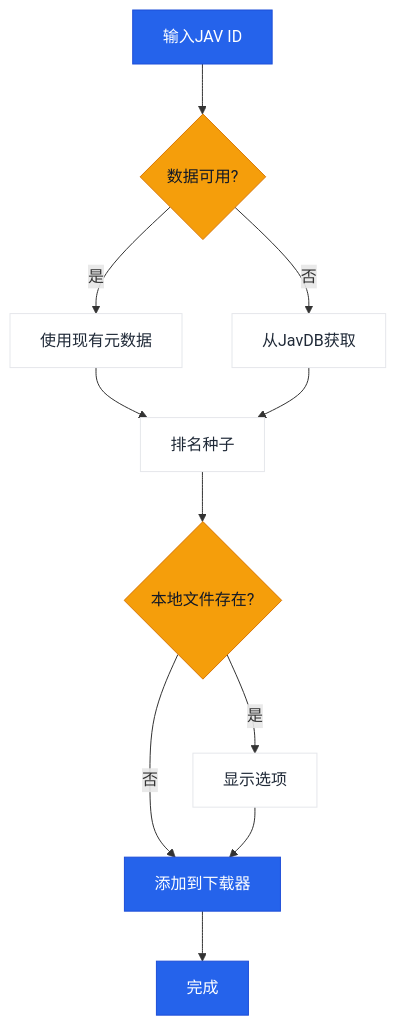
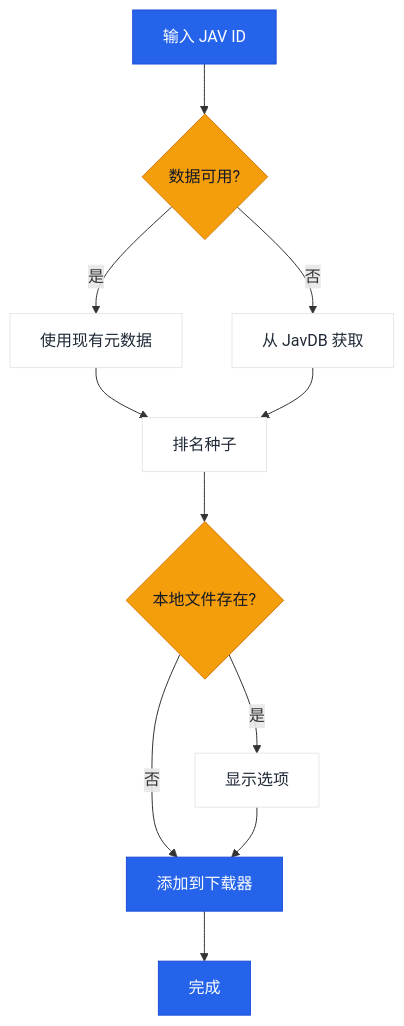
One commit to jqknono/jav-manager changed the diagram in README.zh-CN.md. Above: the diagram before and after it, drawn with Mermaid. The commit also changed other lines of this file and 25 other files, not shown here.

````diff
--- a/README.zh-CN.md
+++ b/README.zh-CN.md
@@ -21,21 +21,21 @@
 ```mermaid
 flowchart TD
-    A[输入JAV ID] --> B{数据可用?}
+    A[输入 JAV ID] --> B{数据可用?}
     B -->|是| C[使用现有元数据]
-    B -->|否| D[从JavDB获取]
+    B -->|否| D[从 JavDB 获取]
     C --> E[排名种子]
     D --> E
     E --> F{本地文件存在?}
     F -->|是| G[显示选项]
     F -->|否| H[添加到下载器]
     G --> H
     H --> I[完成]
 
     classDef primary fill:#2563eb,stroke:#1d4ed8,color:#ffffff;
     classDef decision fill:#f59e0b,stroke:#d97706,color:#111827;
     classDef neutral fill:#ffffff,stroke:#e5e7eb,color:#1f2937;
 
     class A,H,I primary;
     class B,F decision;
     class C,D,E,G neutral;
 ```
````
